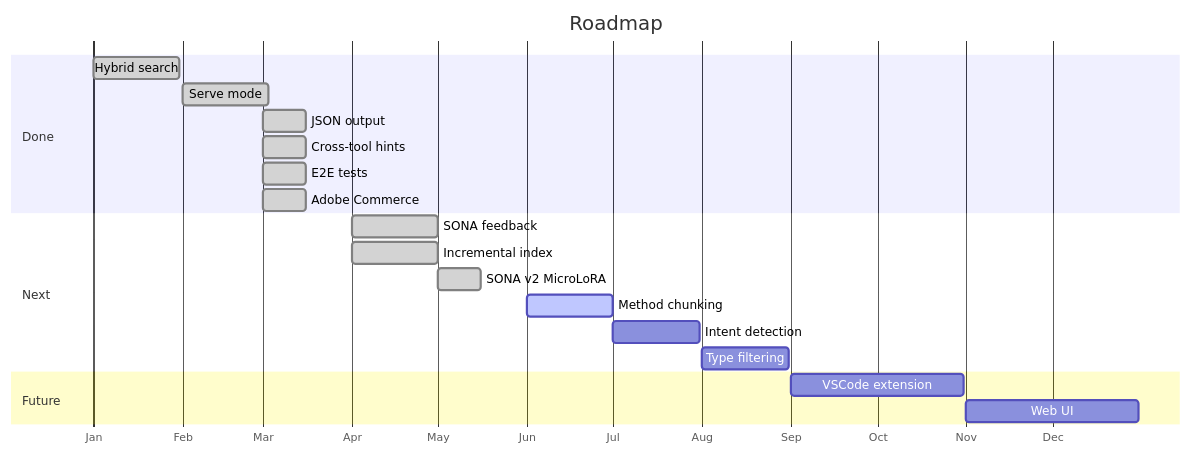
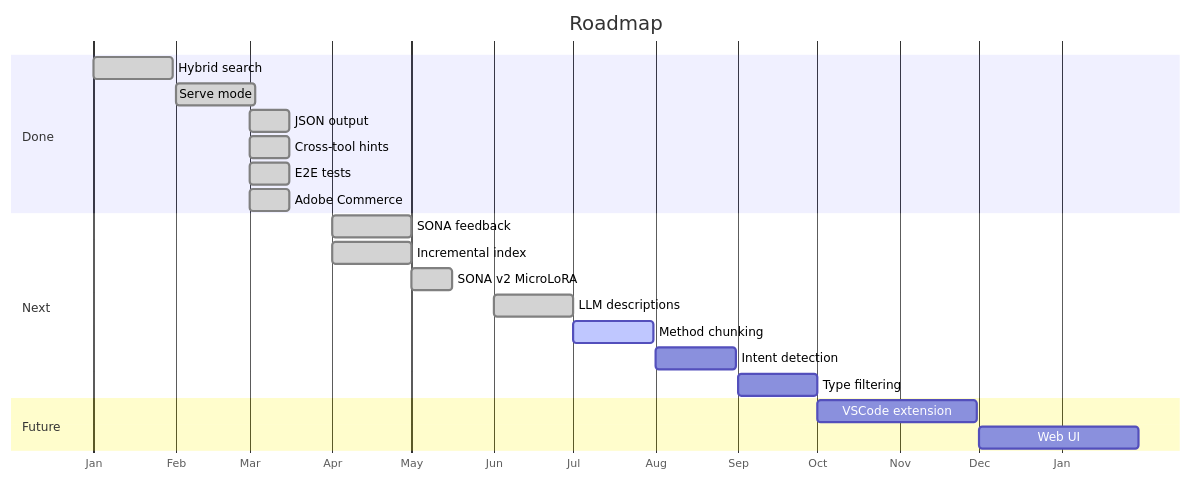
One commit to krejcif/magector changed diagram 11 of 11 in README.md. Above: the diagram before and after it, drawn with Mermaid. The commit also changed other lines of this file and 20 other files, not shown here.

````diff
--- a/README.md
+++ b/README.md
@@ -962,23 +1014,24 @@
 ```mermaid
 gantt
   title Roadmap
   dateFormat YYYY-MM
   axisFormat %b
   section Done
     Hybrid search       :done, 2025-01, 30d
     Serve mode          :done, 2025-02, 30d
     JSON output         :done, 2025-03, 15d
     Cross-tool hints    :done, 2025-03, 15d
     E2E tests           :done, 2025-03, 15d
     Adobe Commerce      :done, 2025-03, 15d
   section Next
     SONA feedback       :done, 2025-04, 30d
     Incremental index   :done, 2025-04, 30d
     SONA v2 MicroLoRA   :done, 2025-05, 15d
-    Method chunking     :active, 2025-06, 30d
-    Intent detection    :2025-07, 30d
-    Type filtering      :2025-08, 30d
+    LLM descriptions    :done, 2025-06, 30d
+    Method chunking     :active, 2025-07, 30d
+    Intent detection    :2025-08, 30d
+    Type filtering      :2025-09, 30d
   section Future
-    VSCode extension    :2025-09, 60d
-    Web UI              :2025-11, 60d
+    VSCode extension    :2025-10, 60d
+    Web UI              :2025-12, 60d
 ```
````
